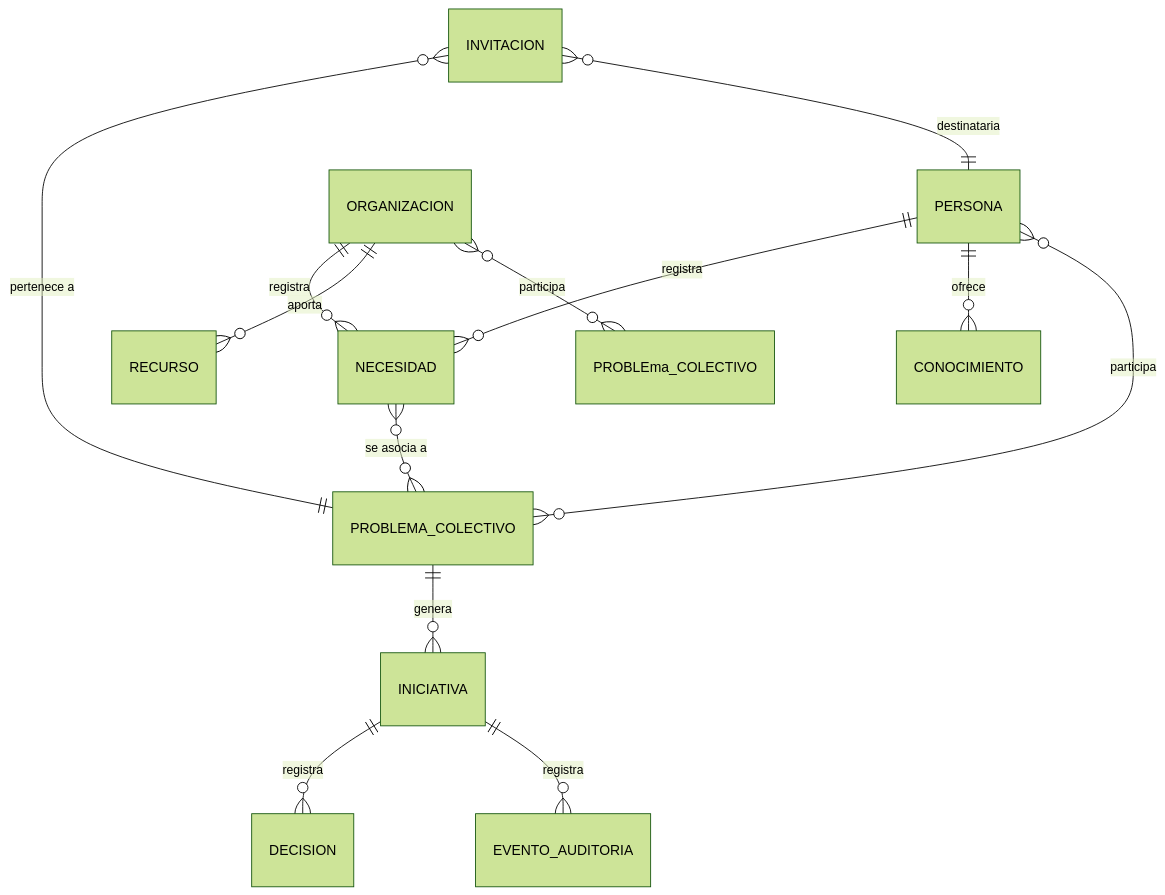
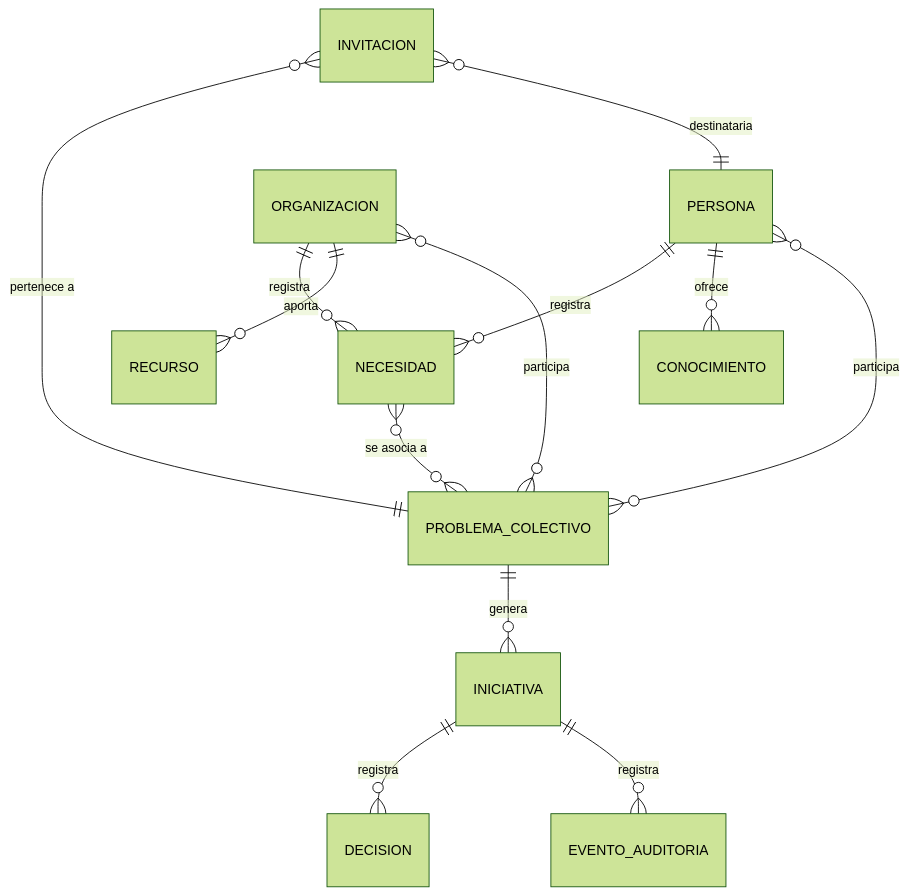
One commit to juandelaf1/POOLAR changed the second of 3 diagrams in README.md. Above: the diagram before and after it, drawn with Mermaid (forest theme). The commit also changed other lines of this file and 1 other file, not shown here.

Commit message:
Corregir README: badges dinámicos, typo demostativo, diagrama ER, claims de CI/Playwright/PostgreSQL más precisos, eliminar Licencia formal del roadmap

````diff
--- a/README.md
+++ b/README.md
@@ -172,15 +172,15 @@
 ```mermaid
 erDiagram
     PERSONA ||--o{ NECESIDAD : "registra"
     ORGANIZACION ||--o{ NECESIDAD : "registra"
     PERSONA ||--o{ CONOCIMIENTO : "ofrece"
     ORGANIZACION ||--o{ RECURSO : "aporta"
     NECESIDAD }o--o{ PROBLEMA_COLECTIVO : "se asocia a"
     PERSONA }o--o{ PROBLEMA_COLECTIVO : "participa"
-    ORGANIZACION }o--o{ PROBLEma_COLECTIVO : "participa"
+    ORGANIZACION }o--o{ PROBLEMA_COLECTIVO : "participa"
     PROBLEMA_COLECTIVO ||--o{ INICIATIVA : "genera"
     INICIATIVA ||--o{ DECISION : "registra"
     INICIATIVA ||--o{ EVENTO_AUDITORIA : "registra"
     INVITACION }o--|| PROBLEMA_COLECTIVO : "pertenece a"
     INVITACION }o--|| PERSONA : "destinataria"
 ```
````
